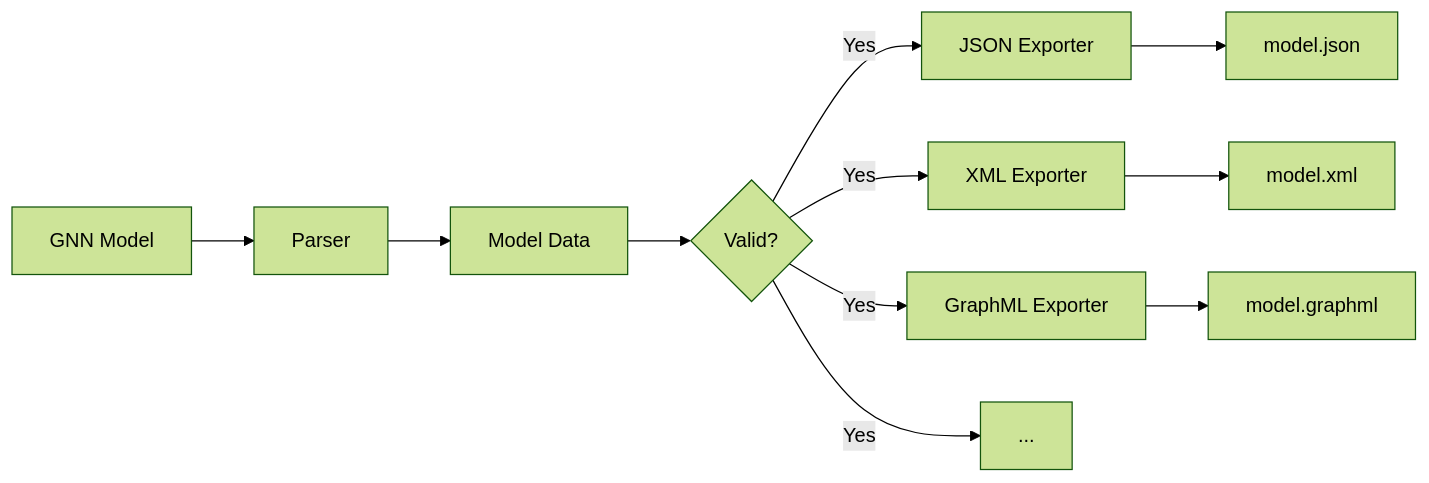
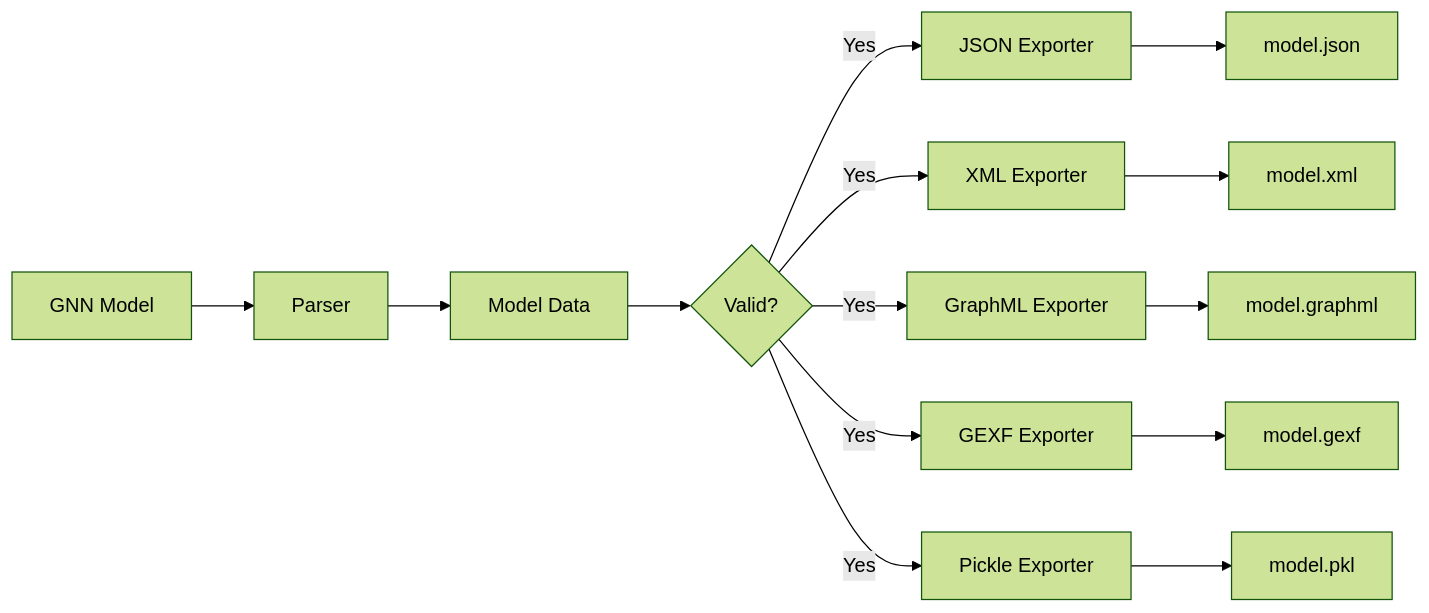
One commit to ActiveInferenceInstitute/GeneralizedNotationNotation changed the first of 3 diagrams in src/export/README.md. Above: the diagram before and after it, drawn with Mermaid (forest theme). The commit also changed other lines of this file and 151 other files, not shown here.

````diff
--- a/src/export/README.md
+++ b/src/export/README.md
@@ -18,15 +18,18 @@
 ```mermaid
 graph LR
     Input[GNN Model] --> Parser[Parser]
     Parser --> Data[Model Data]
     
     Data --> Valid{Valid?}
     Valid -->|Yes| JSON[JSON Exporter]
     Valid -->|Yes| XML[XML Exporter]
     Valid -->|Yes| GraphML[GraphML Exporter]
-    Valid -->|Yes| Others[...]
+    Valid -->|Yes| GEXF[GEXF Exporter]
+    Valid -->|Yes| Pickle[Pickle Exporter]
     
     JSON --> File1[model.json]
     XML --> File2[model.xml]
     GraphML --> File3[model.graphml]
+    GEXF --> File4[model.gexf]
+    Pickle --> File5[model.pkl]
 ```
````
